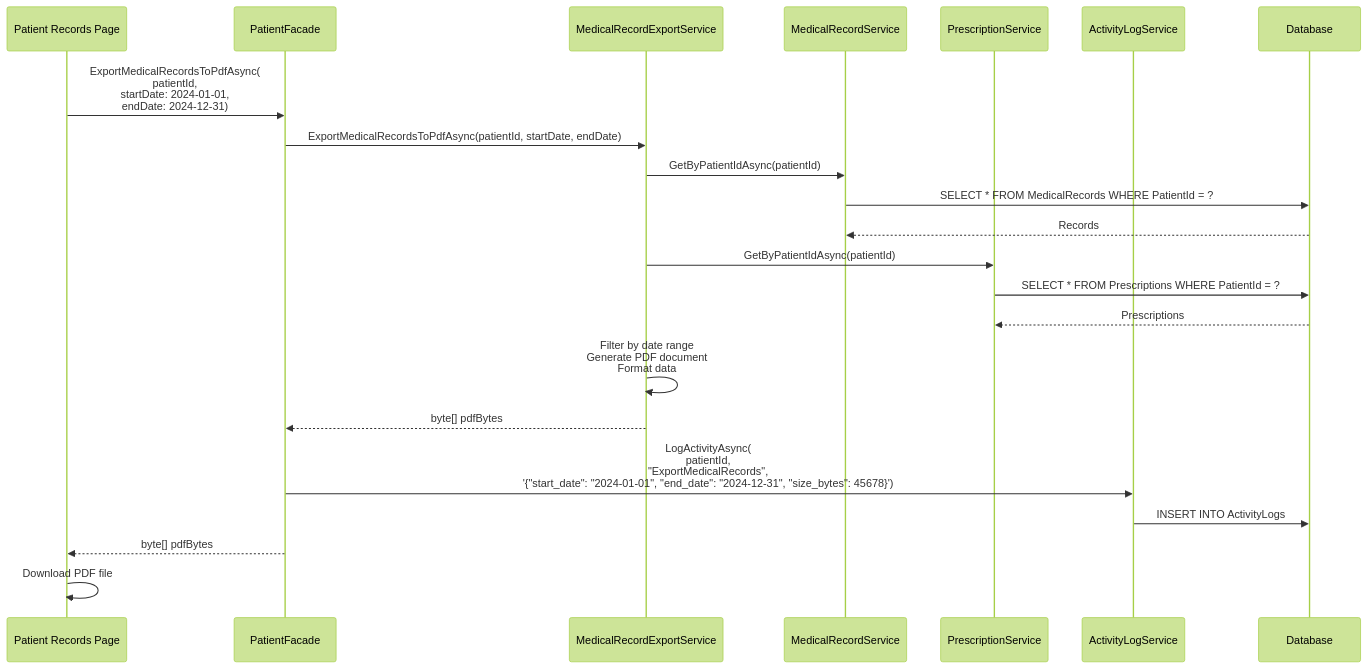
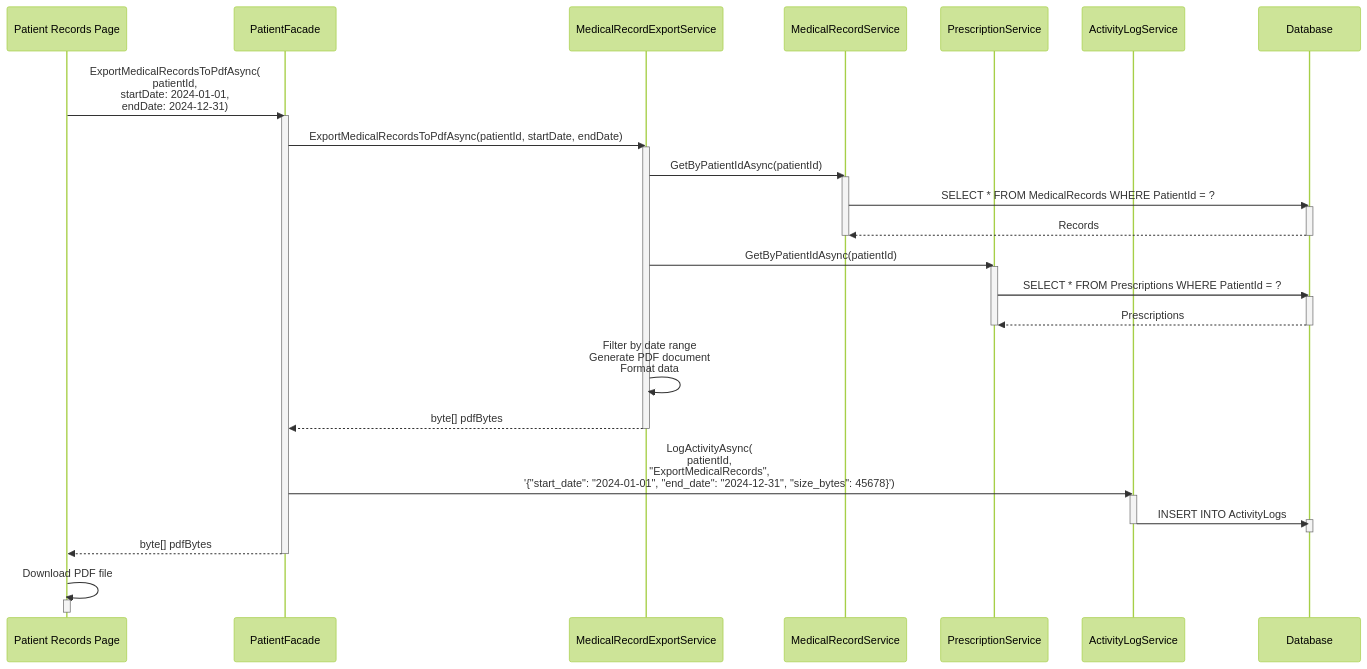
The sixth of 12 diagrams in DESIGN_PATTERNS_PROFESSIONAL.md (WeiXuan-C/ai-clinic), drawn with Mermaid (forest theme) before and after one commit. The commit also changed other lines of this file and 17 other files, not shown here.

````diff
--- a/DESIGN_PATTERNS_PROFESSIONAL.md
+++ b/DESIGN_PATTERNS_PROFESSIONAL.md
@@ -538,33 +562,51 @@
 ```mermaid
 sequenceDiagram
     participant UI as Patient Records Page
     participant Facade as PatientFacade
     participant ExportSvc as MedicalRecordExportService
     participant RecordSvc as MedicalRecordService
     participant PrescSvc as PrescriptionService
     participant LogSvc as ActivityLogService
     participant DB as Database
     
     UI->>Facade: ExportMedicalRecordsToPdfAsync(<br/>patientId,<br/>startDate: 2024-01-01,<br/>endDate: 2024-12-31)
+    activate Facade
     
     Facade->>ExportSvc: ExportMedicalRecordsToPdfAsync(patientId, startDate, endDate)
+    activate ExportSvc
     
     ExportSvc->>RecordSvc: GetByPatientIdAsync(patientId)
+    activate RecordSvc
     RecordSvc->>DB: SELECT * FROM MedicalRecords WHERE PatientId = ?
+    activate DB
     DB-->>RecordSvc: Records
+    deactivate DB
+    deactivate RecordSvc
     
     ExportSvc->>PrescSvc: GetByPatientIdAsync(patientId)
+    activate PrescSvc
     PrescSvc->>DB: SELECT * FROM Prescriptions WHERE PatientId = ?
+    activate DB
     DB-->>PrescSvc: Prescriptions
+    deactivate DB
+    deactivate PrescSvc
     
     ExportSvc->>ExportSvc: Filter by date range<br/>Generate PDF document<br/>Format data
     
     ExportSvc-->>Facade: byte[] pdfBytes
+    deactivate ExportSvc
     
     Facade->>LogSvc: LogActivityAsync(<br/>patientId,<br/>"ExportMedicalRecords",<br/>'{"start_date": "2024-01-01", "end_date": "2024-12-31", "size_bytes": 45678}')
+    activate LogSvc
     LogSvc->>DB: INSERT INTO ActivityLogs
+    activate DB
+    deactivate DB
+    deactivate LogSvc
     
     Facade-->>UI: byte[] pdfBytes
+    deactivate Facade
     
     UI->>UI: Download PDF file
+    activate UI
+    deactivate UI
 ```
````
